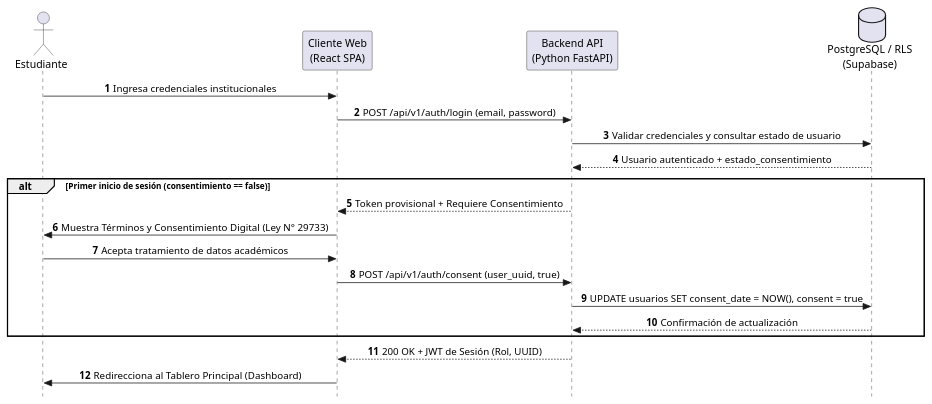
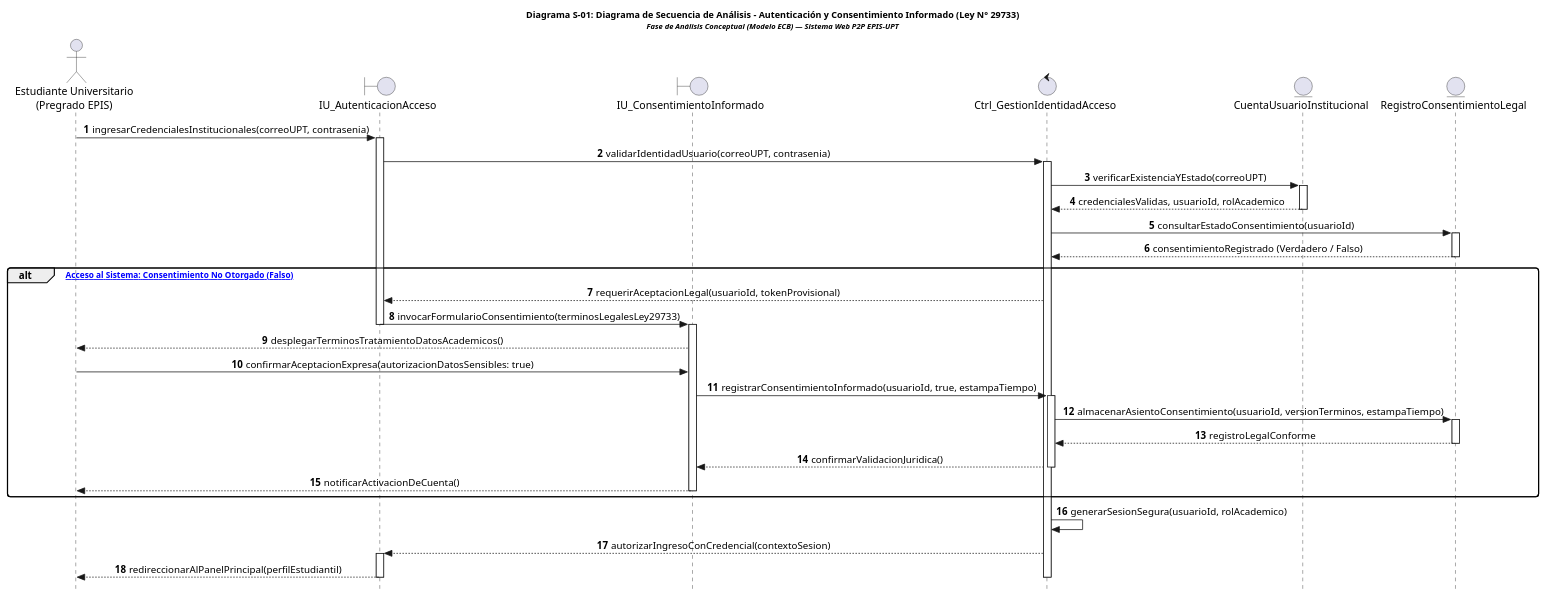
One commit to JMedina255/sistema_web_p2p changed the first of 4 diagrams in docs/diagramas_de_secuencia.md. Above: the diagram before and after it, drawn with PlantUML. The commit also changed other lines of this file and 3 other files, not shown here.

Commit message:
docs: refactorizar diagramas_de_secuencia.md con estandar formal SAD de analisis ECB y titulos explictos en PlantUML

````diff
--- a/docs/diagramas_de_secuencia.md
+++ b/docs/diagramas_de_secuencia.md
@@ -78,29 +61,69 @@
 ```plantuml
 @startuml
+title <size:12><b>Diagrama S-01: Diagrama de Secuencia de Análisis - Autenticación y Consentimiento Informado (Ley N° 29733)</b></size>\n<size:10><i>Fase de Análisis Conceptual (Modelo ECB) — Sistema Web P2P EPIS-UPT</i></size>
+
 autonumber
 skinparam style strictuml
+skinparam shadowing false
+skinparam roundcorner 8
+skinparam defaultFontName Arial
+skinparam fontSize 10
 skinparam sequenceMessageAlign center
+skinparam responseMessageBelowArrow true
 
-actor "Estudiante" as User
-participant "Cliente Web\n(React SPA)" as Frontend
-participant "Backend API\n(Python FastAPI)" as API
-database "PostgreSQL / RLS\n(Supabase)" as DB
+actor "Estudiante Universitario\n(Pregrado EPIS)" as User
+boundary "IU_AutenticacionAcceso" as IU_Auth
+boundary "IU_ConsentimientoInformado" as IU_Consent
+control "Ctrl_GestionIdentidadAcceso" as Ctrl_Auth
+entity "CuentaUsuarioInstitucional" as Ent_User
+entity "RegistroConsentimientoLegal" as Ent_Consent
 
-User -> Frontend : Ingresa credenciales institucionales
-Frontend -> API : POST /api/v1/auth/login (email, password)
-API -> DB : Validar credenciales y consultar estado de usuario
-DB --> API : Usuario autenticado + estado_consentimiento
+User -> IU_Auth : ingresarCredencialesInstitucionales(correoUPT, contrasenia)
+activate IU_Auth
 
-alt Primer inicio de sesión (consentimiento == false)
-    API --> Frontend : Token provisional + Requiere Consentimiento
-    Frontend -> User : Muestra Términos y Consentimiento Digital (Ley N° 29733)
-    User -> Frontend : Acepta tratamiento de datos académicos
-    Frontend -> API : POST /api/v1/auth/consent (user_uuid, true)
-    API -> DB : UPDATE usuarios SET consent_date = NOW(), consent = true
-    DB --> API : Confirmación de actualización
+IU_Auth -> Ctrl_Auth : validarIdentidadUsuario(correoUPT, contrasenia)
+activate Ctrl_Auth
+
+Ctrl_Auth -> Ent_User : verificarExistenciaYEstado(correoUPT)
+activate Ent_User
+Ent_User --> Ctrl_Auth : credencialesValidas, usuarioId, rolAcademico
+deactivate Ent_User
+
+Ctrl_Auth -> Ent_Consent : consultarEstadoConsentimiento(usuarioId)
+activate Ent_Consent
+Ent_Consent --> Ctrl_Auth : consentimientoRegistrado (Verdadero / Falso)
+deactivate Ent_Consent
+
+alt [Primer Acceso al Sistema: Consentimiento No Otorgado (Falso)]
+    Ctrl_Auth --> IU_Auth : requerirAceptacionLegal(usuarioId, tokenProvisional)
+    IU_Auth -> IU_Consent : invocarFormularioConsentimiento(terminosLegalesLey29733)
+    deactivate IU_Auth
+    activate IU_Consent
+
+    IU_Consent --> User : desplegarTerminosTratamientoDatosAcademicos()
+    User -> IU_Consent : confirmarAceptacionExpresa(autorizacionDatosSensibles: true)
+
+    IU_Consent -> Ctrl_Auth : registrarConsentimientoInformado(usuarioId, true, estampaTiempo)
+    activate Ctrl_Auth
+
+    Ctrl_Auth -> Ent_Consent : almacenarAsientoConsentimiento(usuarioId, versionTerminos, estampaTiempo)
+    activate Ent_Consent
+    Ent_Consent --> Ctrl_Auth : registroLegalConforme
+    deactivate Ent_Consent
+
+    Ctrl_Auth --> IU_Consent : confirmarValidacionJuridica()
+    deactivate Ctrl_Auth
+
+    IU_Consent --> User : notificarActivacionDeCuenta()
+    deactivate IU_Consent
 end
 
-API --> Frontend : 200 OK + JWT de Sesión (Rol, UUID)
-Frontend -> User : Redirecciona al Tablero Principal (Dashboard)
+Ctrl_Auth -> Ctrl_Auth : generarSesionSegura(usuarioId, rolAcademico)
+Ctrl_Auth --> IU_Auth : autorizarIngresoConCredencial(contextoSesion)
+activate IU_Auth
+IU_Auth --> User : redireccionarAlPanelPrincipal(perfilEstudiantil)
+deactivate IU_Auth
+deactivate Ctrl_Auth
+
 @enduml
 ```
````
